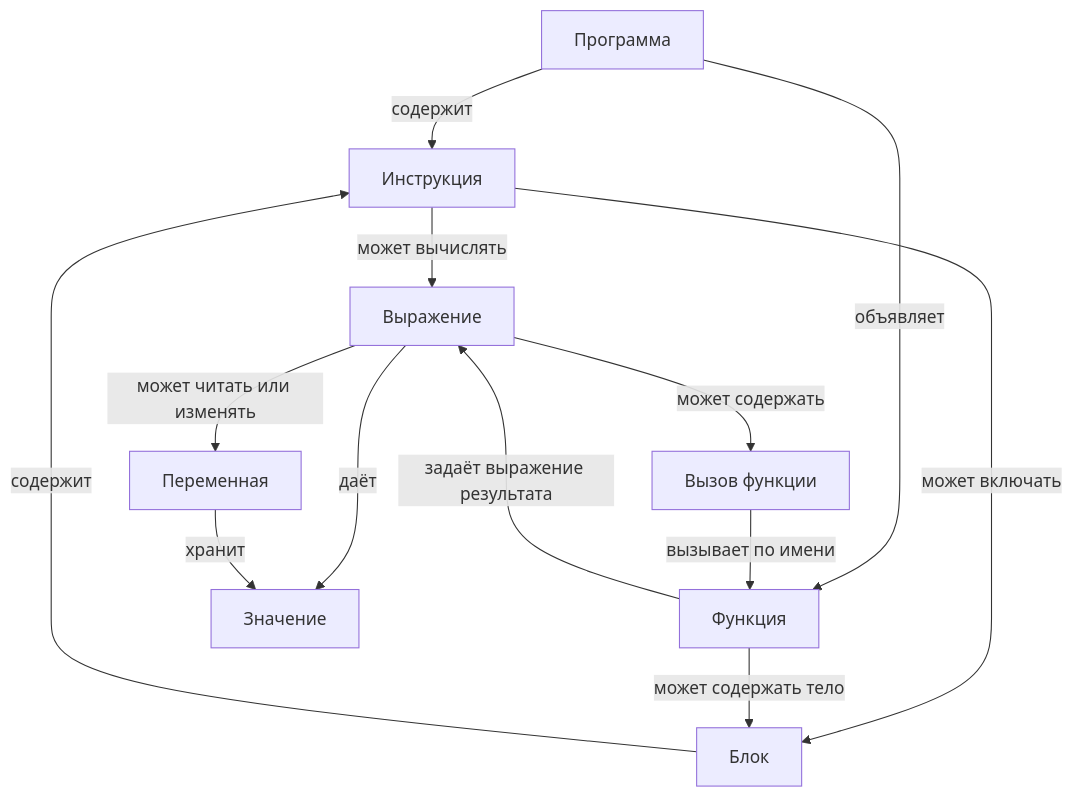
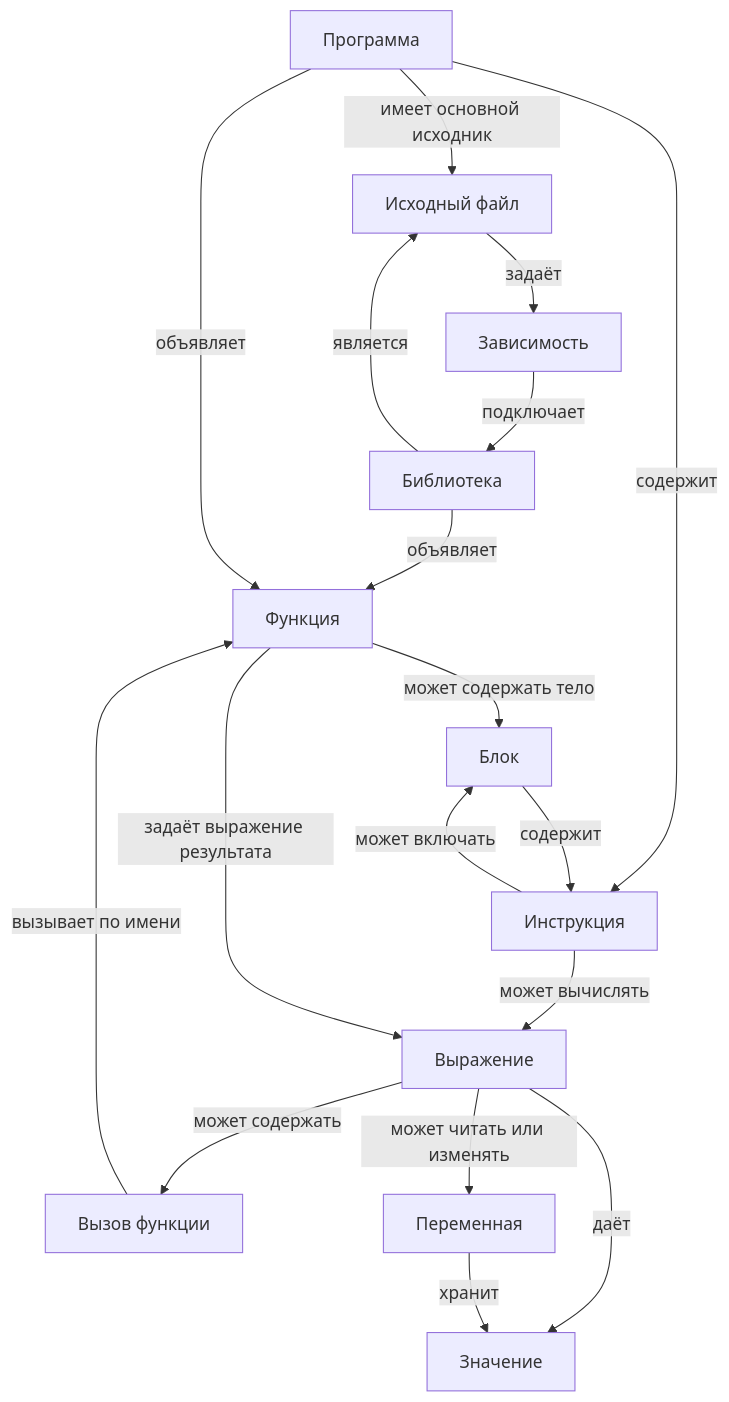
The first of 2 diagrams in Interpreter/docs/design.md (Krastti/DataStructures), drawn with Mermaid before and after one commit. The commit also changed other lines of this file and 11 other files, not shown here.

````diff
--- a/Interpreter/docs/design.md
+++ b/Interpreter/docs/design.md
@@ -22,15 +29,20 @@
 ```mermaid
 flowchart TD
-    Program["Программа"] -->|"содержит"| Instruction["Инструкция"]
+    Program["Программа"] -->|"имеет основной исходник"| Source["Исходный файл"]
+    Library["Библиотека"] -->|"является"| Source
+    Source -->|"задаёт"| Dependency["Зависимость"]
+    Dependency -->|"подключает"| Library
+    Library -->|"объявляет"| Function["Функция"]
+    Program -->|"содержит"| Instruction["Инструкция"]
     Program -->|"объявляет"| Function["Функция"]
     Instruction -->|"может включать"| Block["Блок"]
     Block -->|"содержит"| Instruction
     Instruction -->|"может вычислять"| Expression["Выражение"]
     Function -->|"может содержать тело"| Block
     Function -->|"задаёт выражение результата"| Expression
     Expression -->|"может содержать"| Call["Вызов функции"]
     Call -->|"вызывает по имени"| Function
     Expression -->|"может читать или изменять"| Variable["Переменная"]
     Expression -->|"даёт"| Value["Значение"]
     Variable -->|"хранит"| Value
 ```
````
